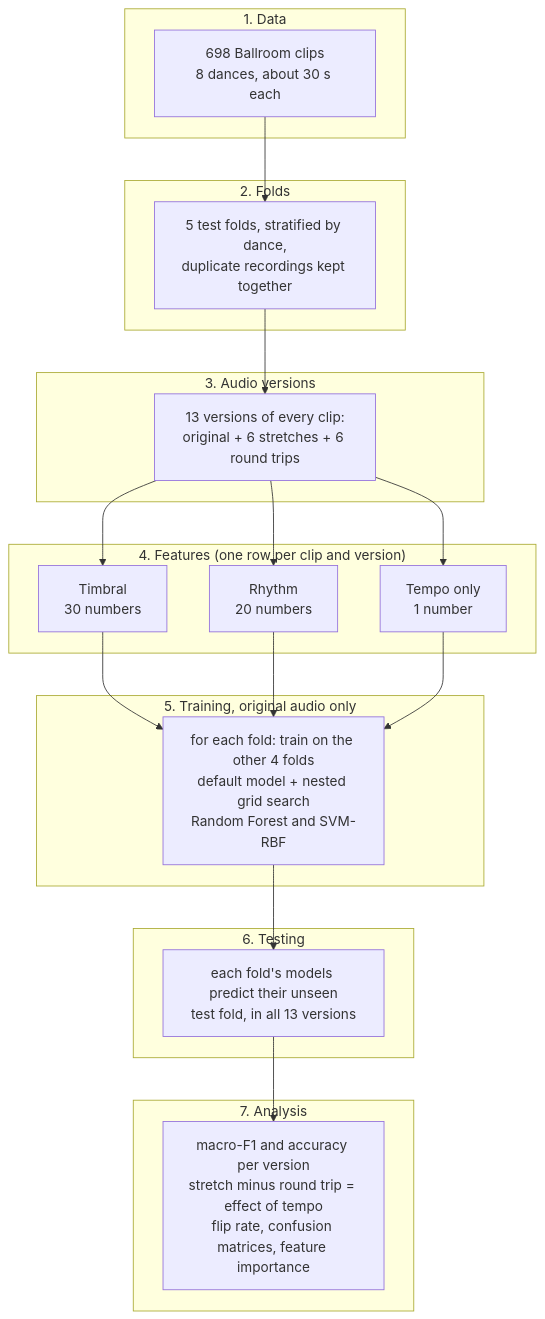
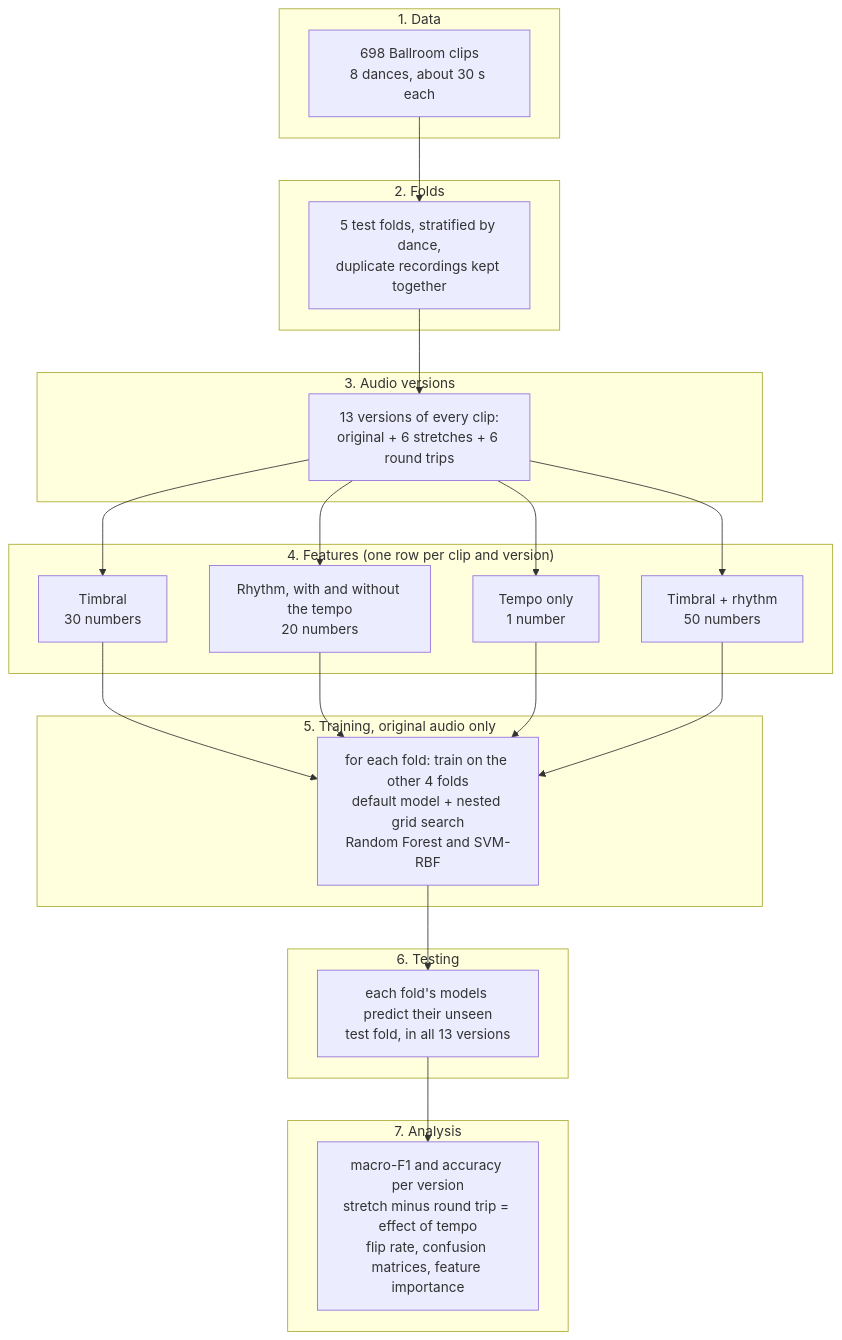
The diagram in README.md (parnianrazavipour/music-informatics-project), drawn with Mermaid before and after one commit. The commit also changed other lines of this file and 15 other files, not shown here.

````diff
--- a/README.md
+++ b/README.md
@@ -94,27 +48,28 @@
 ```mermaid
 flowchart TD
     subgraph S1["1. Data"]
         A["698 Ballroom clips<br/>8 dances, about 30 s each"]
     end
     subgraph S2["2. Folds"]
         B["5 test folds, stratified by dance,<br/>duplicate recordings kept together"]
     end
     subgraph S3["3. Audio versions"]
         V["13 versions of every clip:<br/>original + 6 stretches + 6 round trips"]
     end
     subgraph S4["4. Features (one row per clip and version)"]
         C1["Timbral<br/>30 numbers"]
-        C2["Rhythm<br/>20 numbers"]
+        C2["Rhythm, with and without the tempo<br/>20 numbers"]
         C3["Tempo only<br/>1 number"]
+        C4["Timbral + rhythm<br/>50 numbers"]
     end
     subgraph S5["5. Training, original audio only"]
         D["for each fold: train on the other 4 folds<br/>default model + nested grid search<br/>Random Forest and SVM-RBF"]
     end
     subgraph S6["6. Testing"]
         E["each fold's models predict their unseen<br/>test fold, in all 13 versions"]
     end
     subgraph S7["7. Analysis"]
         F["macro-F1 and accuracy per version<br/>stretch minus round trip = effect of tempo<br/>flip rate, confusion matrices, feature importance"]
     end
-    A --> B --> V --> C1 & C2 & C3 --> D --> E --> F
+    A --> B --> V --> C1 & C2 & C3 & C4 --> D --> E --> F
 ```
````
